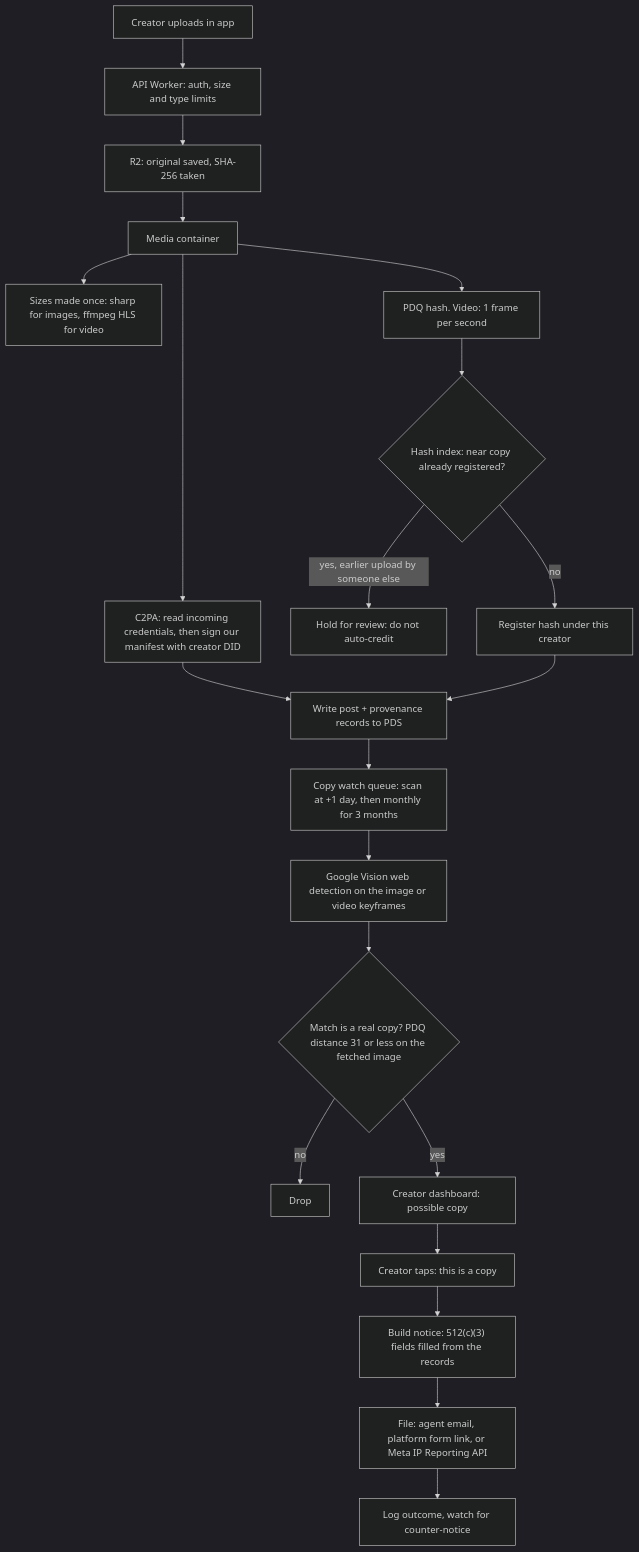
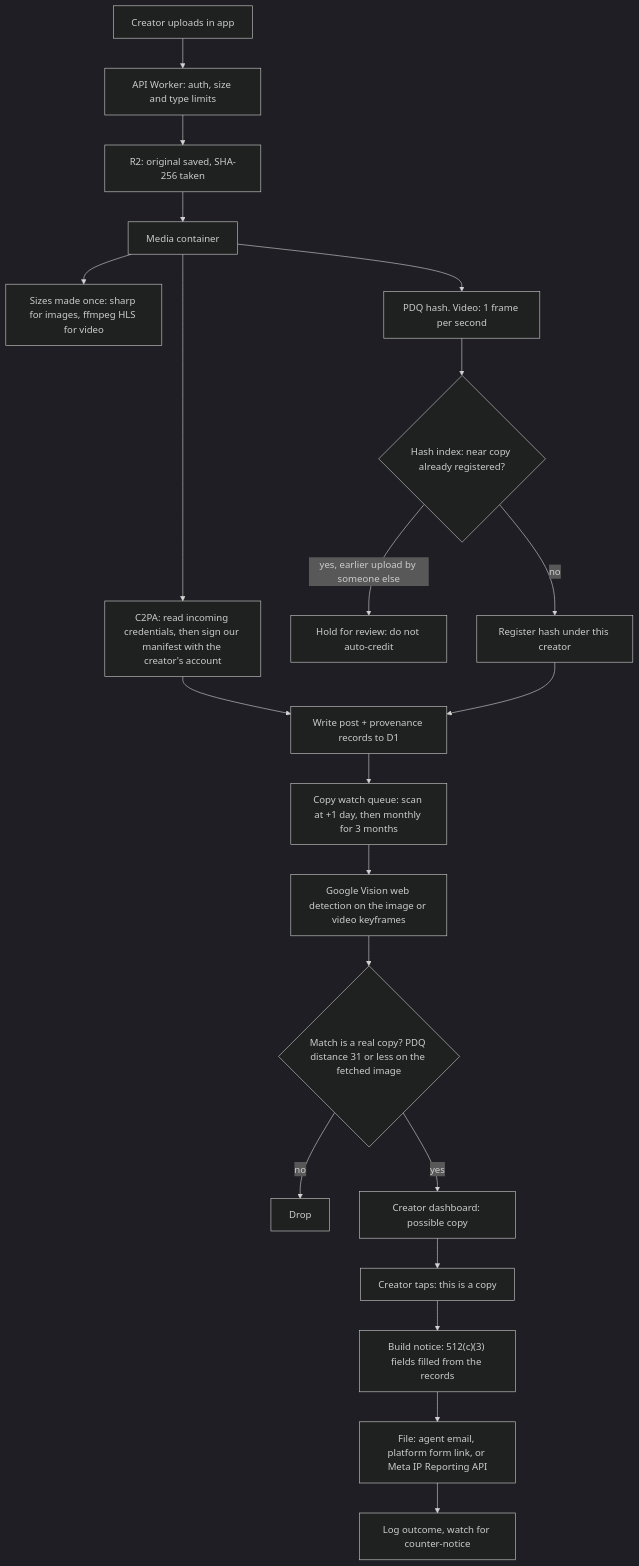
One commit to royherma/emera changed the diagram in docs/architecture.md. Above: the diagram before and after it, drawn with Mermaid (dark theme). The commit also changed other lines of this file and 14 other files, not shown here.

First line of the commit message:
docs: Emera is its own network, not on AT Protocol (README, CLAUDE.md, PRODUCT, mission 1.4.0, one-pager, master plan, architecture)

````diff
--- a/docs/architecture.md
+++ b/docs/architecture.md
@@ -140,23 +41,23 @@
 ```mermaid
 flowchart TD
   U["Creator uploads in app"] --> A["API Worker: auth, size and type limits"]
   A --> R["R2: original saved, SHA-256 taken"]
   R --> M["Media container"]
   M --> S["Sizes made once: sharp for images, ffmpeg HLS for video"]
-  M --> C["C2PA: read incoming credentials, then sign our manifest with creator DID"]
+  M --> C["C2PA: read incoming credentials, then sign our manifest with the creator's account"]
   M --> P["PDQ hash. Video: 1 frame per second"]
   P --> H{"Hash index: near copy already registered?"}
   H -- "yes, earlier upload by someone else" --> HOLD["Hold for review: do not auto-credit"]
   H -- "no" --> REG["Register hash under this creator"]
-  C --> REC["Write post + provenance records to PDS"]
+  C --> REC["Write post + provenance records to D1"]
   REG --> REC
   REC --> W["Copy watch queue: scan at +1 day, then monthly for 3 months"]
   W --> V["Google Vision web detection on the image or video keyframes"]
   V --> T{"Match is a real copy? PDQ distance 31 or less on the fetched image"}
   T -- "no" --> DROP["Drop"]
   T -- "yes" --> D["Creator dashboard: possible copy"]
   D --> OK["Creator taps: this is a copy"]
   OK --> N["Build notice: 512(c)(3) fields filled from the records"]
   N --> F["File: agent email, platform form link, or Meta IP Reporting API"]
   F --> L["Log outcome, watch for counter-notice"]
 ```
````
